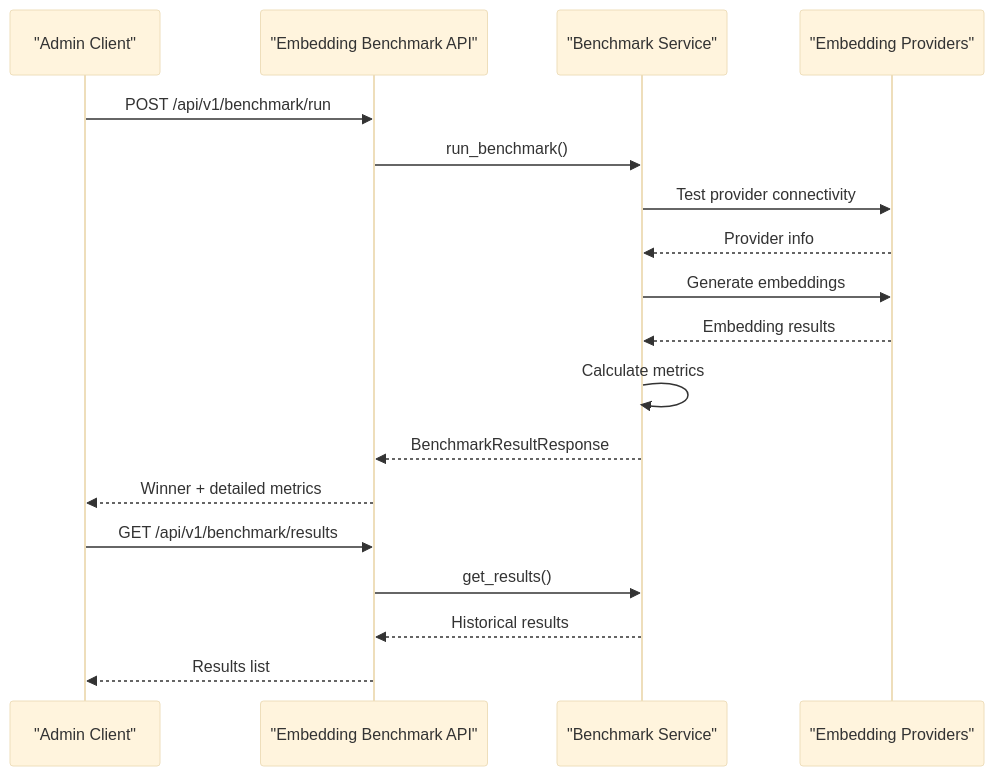
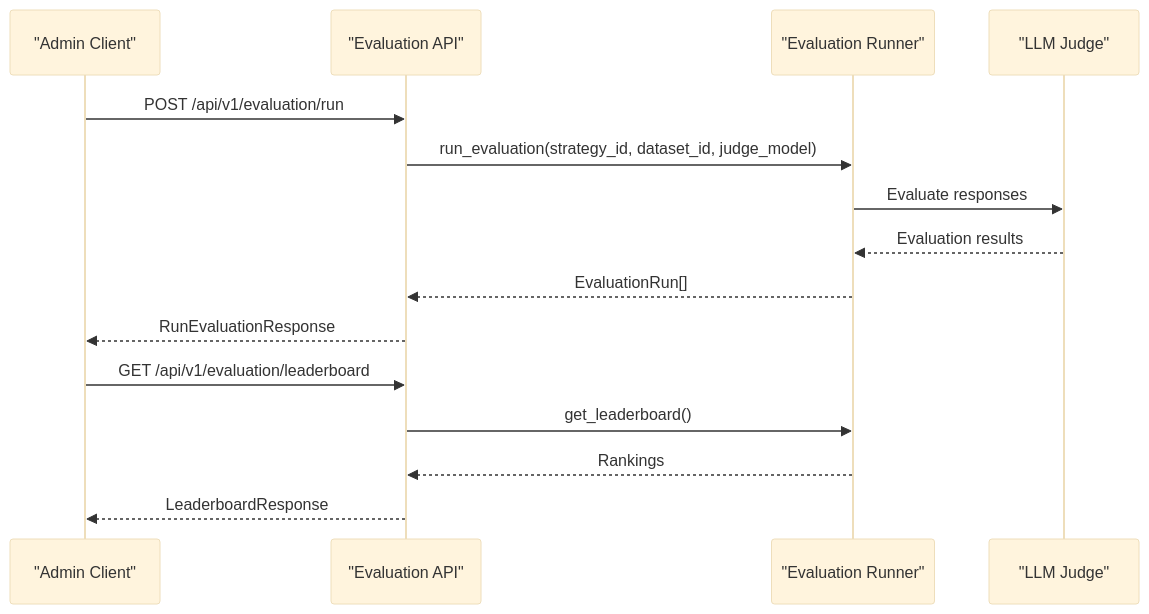
Before and after one commit to emanuelplopu/MongoDB-RAG-Agent: the eighth of 9 diagrams in .qoder/repowiki/en/content/API Reference/API Reference.md, drawn with Mermaid (base theme). The commit also changed other lines of this file and 4 other files, not shown here.

First line of the commit message:
Add Strategy OS docs and update API refs

````diff
--- a/.qoder/repowiki/en/content/API Reference/API Reference.md
+++ b/.qoder/repowiki/en/content/API Reference/API Reference.md
@@ -1231,20 +1203,17 @@
 ```mermaid
 sequenceDiagram
 participant Admin as "Admin Client"
-participant BenchmarkAPI as "Embedding Benchmark API"
-participant BenchmarkService as "Benchmark Service"
-participant Providers as "Embedding Providers"
-Admin->>BenchmarkAPI : POST /api/v1/benchmark/run
-BenchmarkAPI->>BenchmarkService : run_benchmark()
-BenchmarkService->>Providers : Test provider connectivity
-Providers-->>BenchmarkService : Provider info
-BenchmarkService->>Providers : Generate embeddings
-Providers-->>BenchmarkService : Embedding results
-BenchmarkService->>BenchmarkService : Calculate metrics
-BenchmarkService-->>BenchmarkAPI : BenchmarkResultResponse
-BenchmarkAPI-->>Admin : Winner + detailed metrics
-Admin->>BenchmarkAPI : GET /api/v1/benchmark/results
-BenchmarkAPI->>BenchmarkService : get_results()
-BenchmarkService-->>BenchmarkAPI : Historical results
-BenchmarkAPI-->>Admin : Results list
+participant Eval as "Evaluation API"
+participant Runner as "Evaluation Runner"
+participant Judge as "LLM Judge"
+Admin->>Eval : POST /api/v1/evaluation/run
+Eval->>Runner : run_evaluation(strategy_id, dataset_id, judge_model)
+Runner->>Judge : Evaluate responses
+Judge-->>Runner : Evaluation results
+Runner-->>Eval : EvaluationRun[]
+Eval-->>Admin : RunEvaluationResponse
+Admin->>Eval : GET /api/v1/evaluation/leaderboard
+Eval->>Runner : get_leaderboard()
+Runner-->>Eval : Rankings
+Eval-->>Admin : LeaderboardResponse
 ```
````
